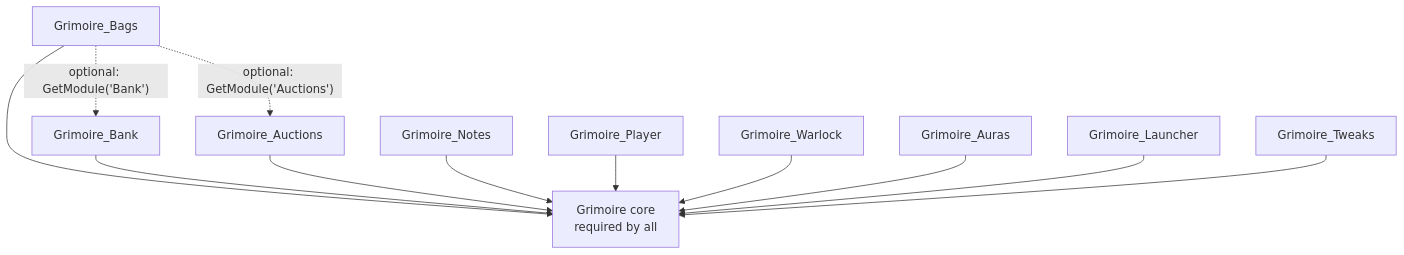
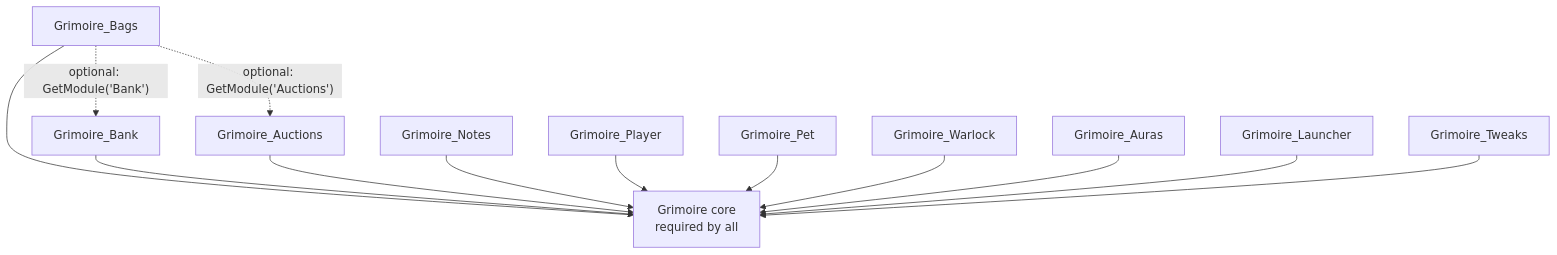
One commit to PhillypHenning/grimoire changed the diagram in docs/adr/0002-every-component-is-a-toggleable-addon.md. Above: the diagram before and after it, drawn with Mermaid. The commit also changed 16 other files, not shown here.

First line of the commit message:
Move the pet frame and bars into their own add-on, Grimoire_Pet

````diff
--- a/docs/adr/0002-every-component-is-a-toggleable-addon.md
+++ b/docs/adr/0002-every-component-is-a-toggleable-addon.md
@@ -21,15 +21,16 @@
 ```mermaid
 flowchart TD
     Core[Grimoire core<br/>required by all]
     Bags[Grimoire_Bags] --> Core
     Bank[Grimoire_Bank] --> Core
     Auctions[Grimoire_Auctions] --> Core
     Notes[Grimoire_Notes] --> Core
     Player[Grimoire_Player] --> Core
+    Pet[Grimoire_Pet] --> Core
     Warlock[Grimoire_Warlock] --> Core
     Auras[Grimoire_Auras] --> Core
     Launcher[Grimoire_Launcher] --> Core
     Tweaks[Grimoire_Tweaks] --> Core
     Bags -. "optional: GetModule('Bank')" .-> Bank
     Bags -. "optional: GetModule('Auctions')" .-> Auctions
 ```
````
